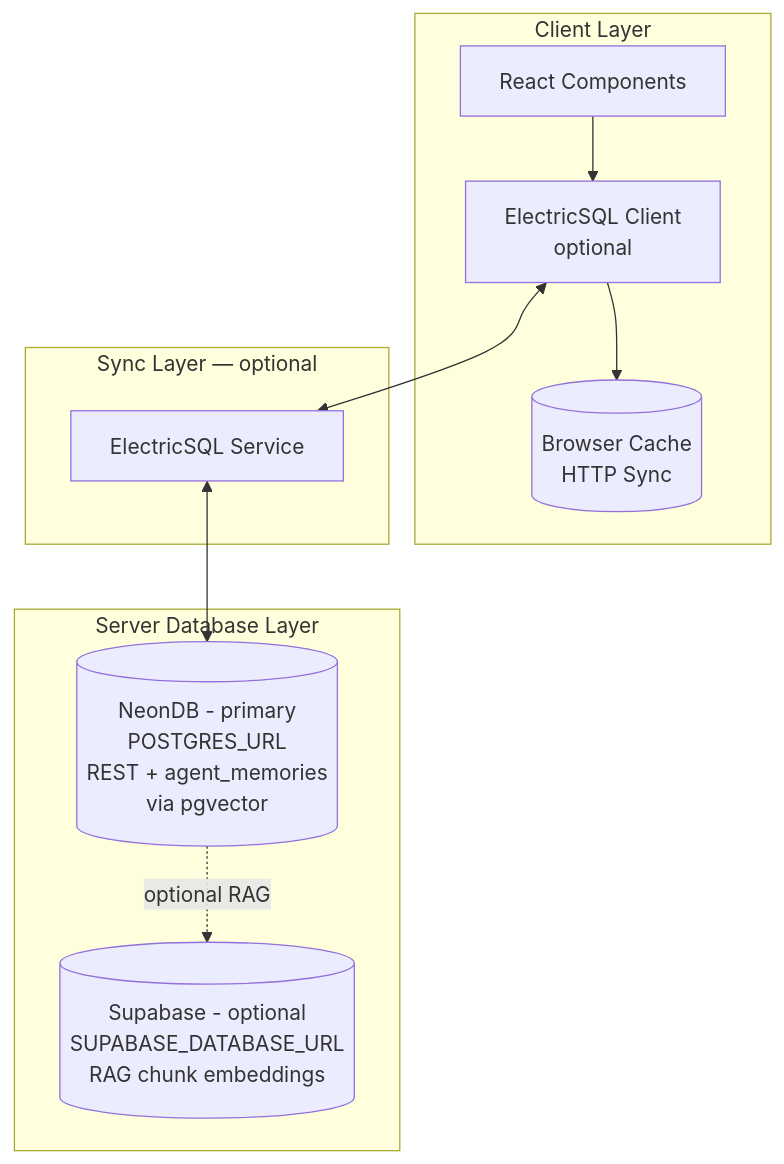
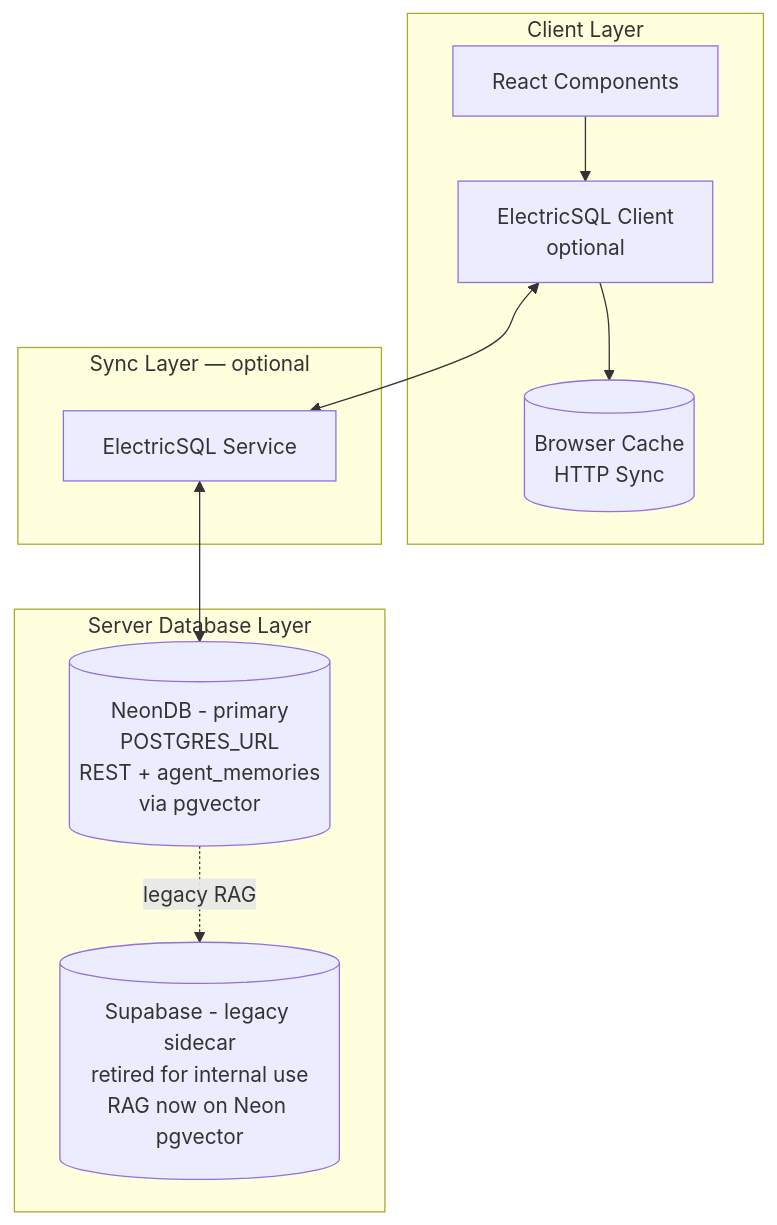
Before and after one commit to RevealUIStudio/revealui: the diagram in docs/ARCHITECTURE.md, drawn with Mermaid. The commit also changed other lines of this file and 4 other files, not shown here.

````diff
--- a/docs/ARCHITECTURE.md
+++ b/docs/ARCHITECTURE.md
@@ -222,23 +222,23 @@
 ```mermaid
 graph TB
     subgraph Client[Client Layer]
         React[React Components]
         ElectricClient[ElectricSQL Client<br/>optional]
         LocalCache[(Browser Cache<br/>HTTP Sync)]
     end
 
     subgraph Sync[Sync Layer — optional]
         ElectricService[ElectricSQL Service]
     end
 
     subgraph Server[Server Database Layer]
         NeonDB[(NeonDB - primary<br/>POSTGRES_URL<br/>REST + agent_memories<br/>via pgvector)]
-        Supabase[(Supabase - optional<br/>SUPABASE_DATABASE_URL<br/>RAG chunk embeddings)]
+        Supabase[(Supabase - legacy sidecar<br/>retired for internal use<br/>RAG now on Neon pgvector)]
     end
 
     React --> ElectricClient
     ElectricClient --> LocalCache
     ElectricClient <--> ElectricService
     ElectricService <--> NeonDB
-    NeonDB -.optional RAG.-> Supabase
+    NeonDB -.legacy RAG.-> Supabase
 ```
````
